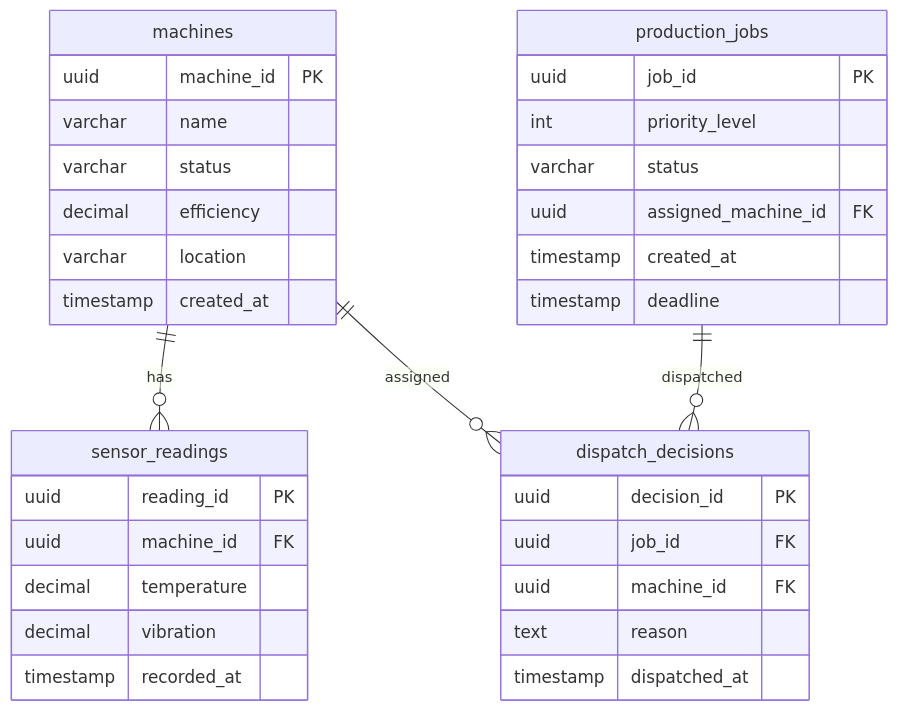
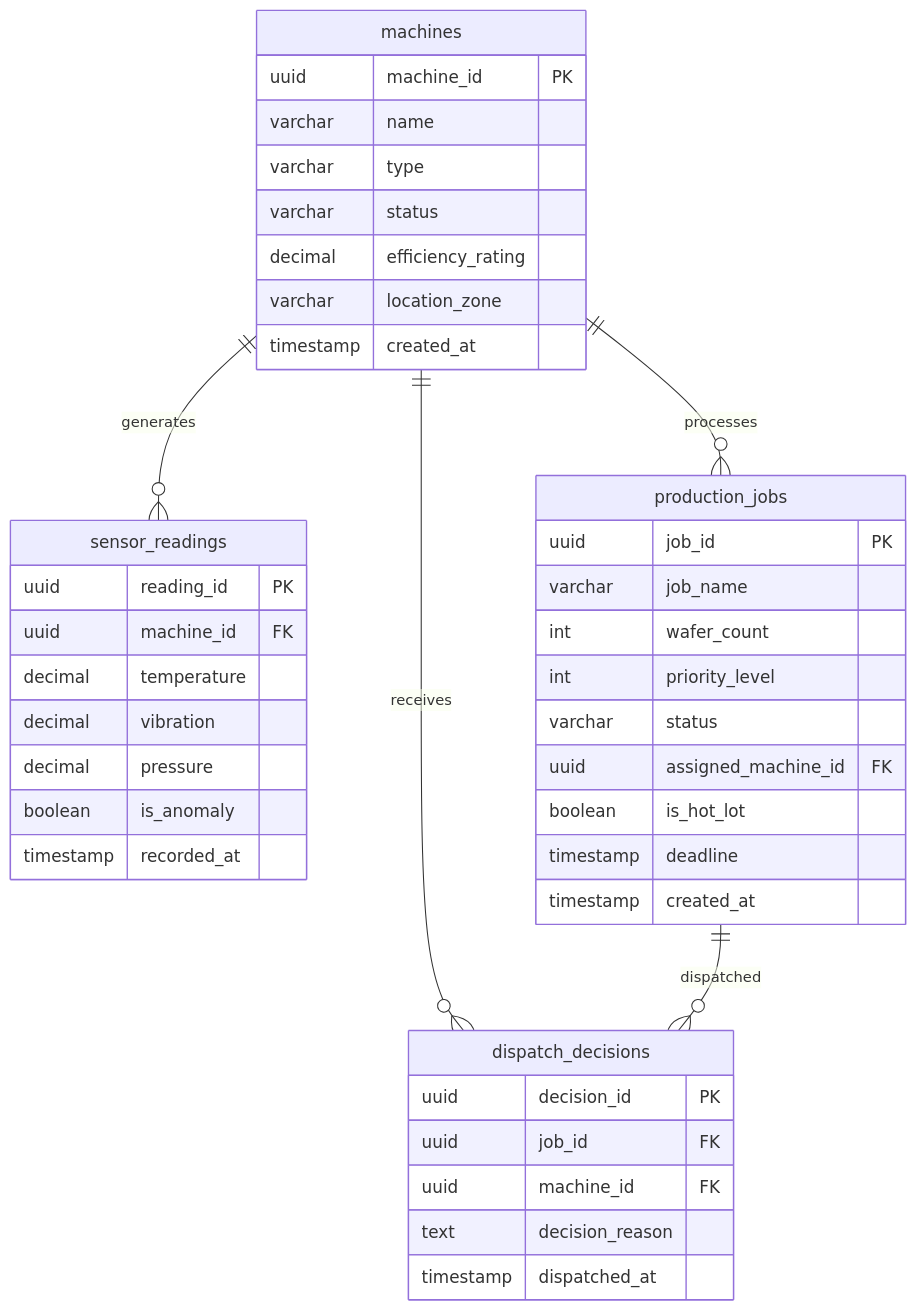
Before and after one commit to AngelP17/YieldOps: the second of 3 diagrams in Architecture.md, drawn with Mermaid. The commit also changed other lines of this file and 3 other files, not shown here.

First line of the commit message:
docs: Consolidate documentation, remove secrets, add Mermaid diagrams

````diff
--- a/Architecture.md
+++ b/Architecture.md
@@ -105,40 +92,47 @@
 ```mermaid
 erDiagram
     machines {
         uuid machine_id PK
         varchar name
+        varchar type
         varchar status
-        decimal efficiency
-        varchar location
+        decimal efficiency_rating
+        varchar location_zone
         timestamp created_at
     }
     
     sensor_readings {
         uuid reading_id PK
         uuid machine_id FK
         decimal temperature
         decimal vibration
+        decimal pressure
+        boolean is_anomaly
         timestamp recorded_at
     }
     
     production_jobs {
         uuid job_id PK
+        varchar job_name
+        int wafer_count
         int priority_level
         varchar status
         uuid assigned_machine_id FK
+        boolean is_hot_lot
+        timestamp deadline
         timestamp created_at
-        timestamp deadline
     }
     
     dispatch_decisions {
         uuid decision_id PK
         uuid job_id FK
         uuid machine_id FK
-        text reason
+        text decision_reason
         timestamp dispatched_at
     }
     
-    machines ||--o{ sensor_readings : "has"
-    machines ||--o{ dispatch_decisions : "assigned"
+    machines ||--o{ sensor_readings : "generates"
+    machines ||--o{ dispatch_decisions : "receives"
     production_jobs ||--o{ dispatch_decisions : "dispatched"
+    machines ||--o{ production_jobs : "processes"
 ```
````
